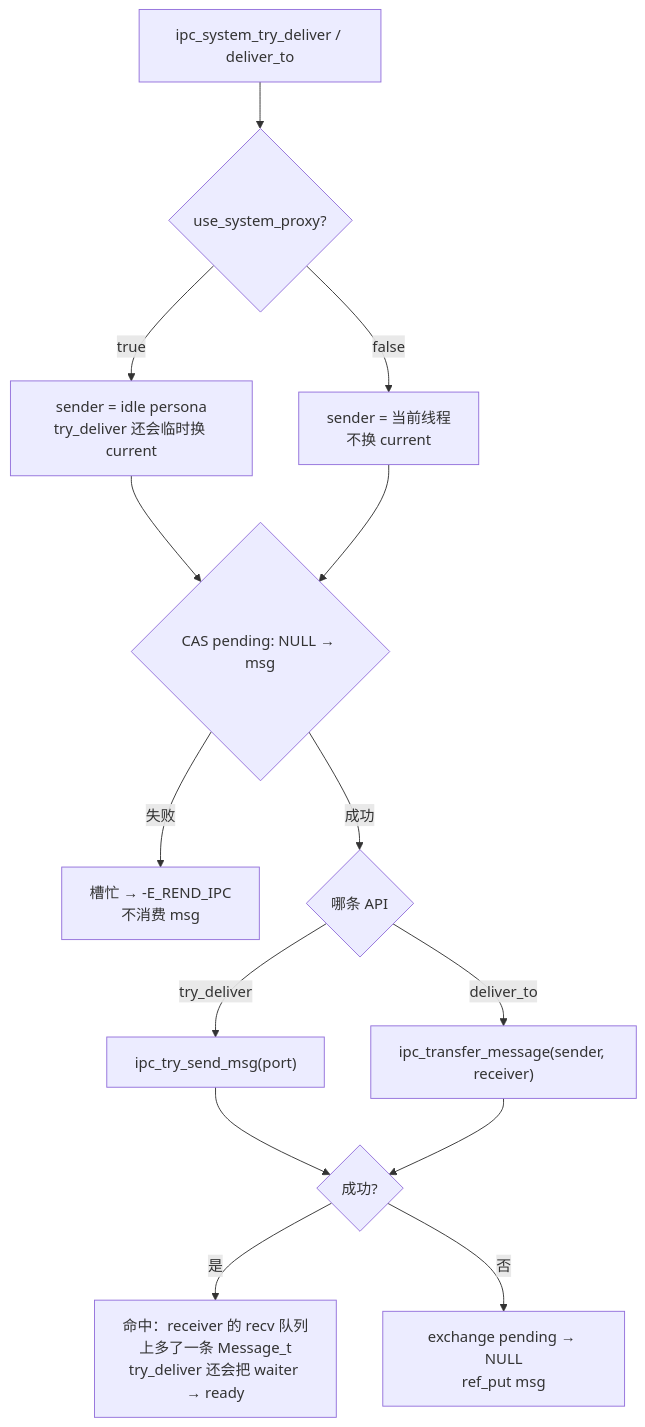
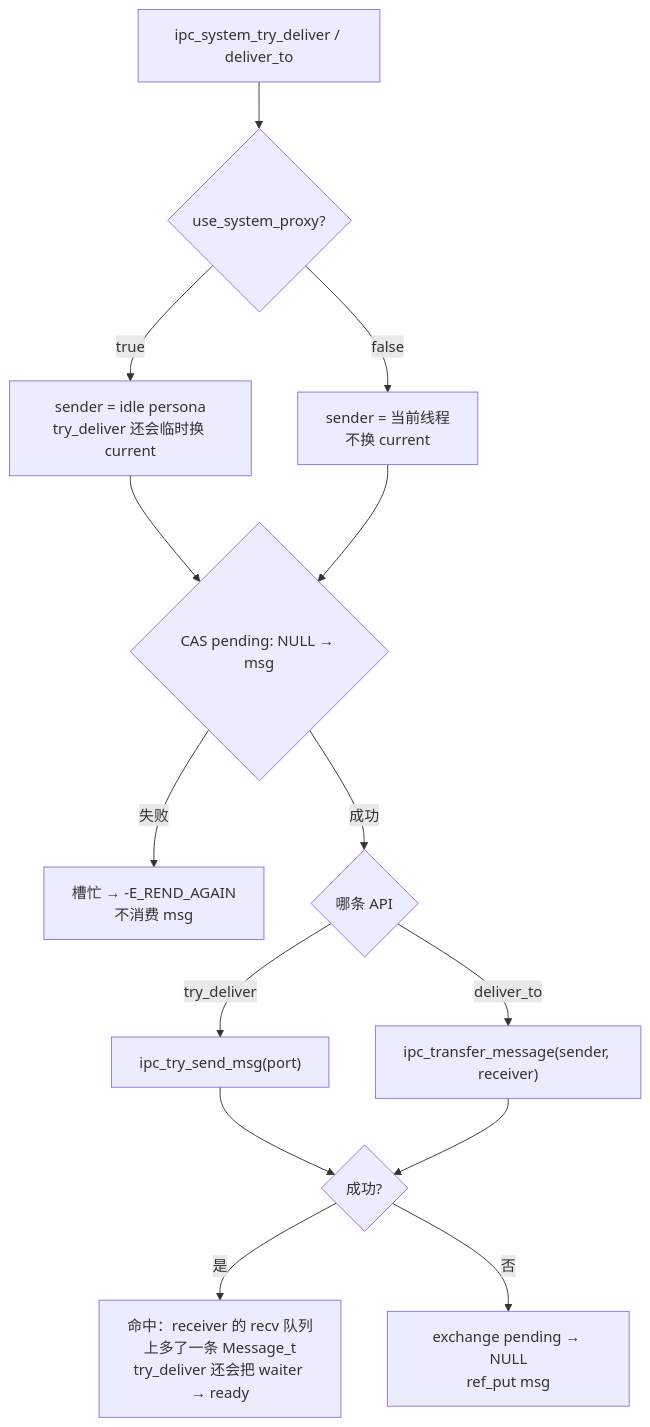
One commit to ZhiyuanSue/RendezvOS changed the third of 3 diagrams in docs/v0.1/full/04-IPC/20-阻塞与非阻塞收发.md. Above: the diagram before and after it, drawn with Mermaid. The commit also changed other lines of this file and 8 other files, not shown here.

````diff
--- a/docs/v0.1/full/04-IPC/20-阻塞与非阻塞收发.md
+++ b/docs/v0.1/full/04-IPC/20-阻塞与非阻塞收发.md
@@ -447,25 +447,25 @@
 ```mermaid
 flowchart TD
   CALL["ipc_system_try_deliver / deliver_to"]
   SENDER{use_system_proxy?}
   IDLE[sender = idle persona<br/>try_deliver 还会临时换 current]
   CURR[sender = 当前线程<br/>不换 current]
   CAS{CAS pending: NULL → msg}
-  BUSY["槽忙 → -E_REND_IPC<br/>不消费 msg"]
+  BUSY["槽忙 → -E_REND_AGAIN<br/>不消费 msg"]
   WHICH{哪条 API}
   TRY["ipc_try_send_msg(port)"]
   TRANSFER["ipc_transfer_message(sender, receiver)"]
   OK{成功?}
   WAKE[命中：receiver 的 recv 队列上多了一条 Message_t<br/>try_deliver 还会把 waiter → ready]
   CLEAN["exchange pending → NULL<br/>ref_put msg"]
 
   CALL --> SENDER
   SENDER -->|true| IDLE --> CAS
   SENDER -->|false| CURR --> CAS
   CAS -->|失败| BUSY
   CAS -->|成功| WHICH
   WHICH -->|try_deliver| TRY --> OK
   WHICH -->|deliver_to| TRANSFER --> OK
   OK -->|是| WAKE
   OK -->|否| CLEAN
 ```
````
